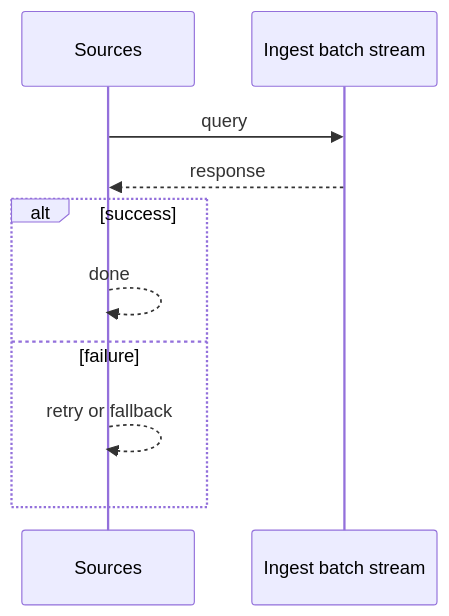
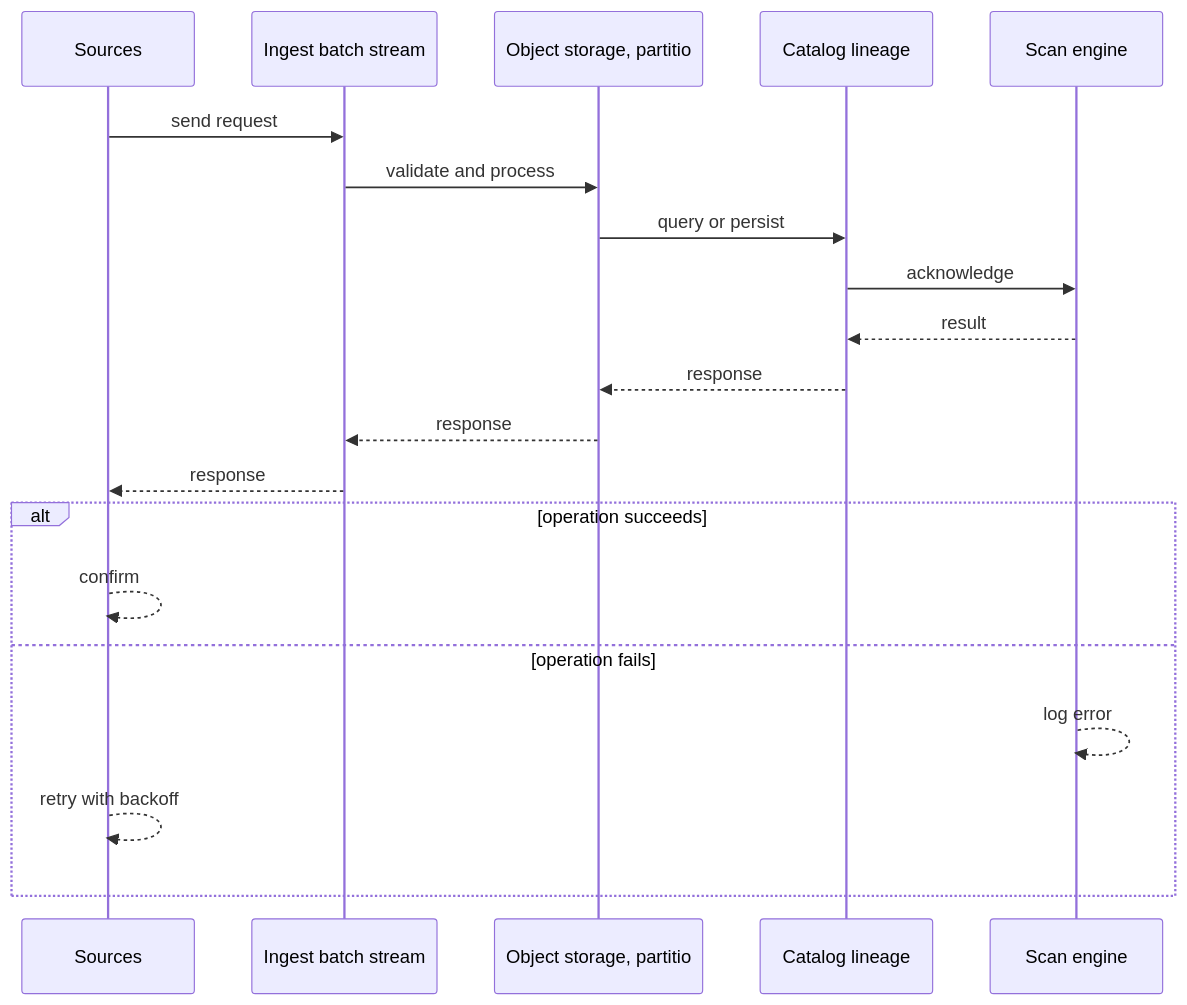
The second of 4 diagrams in case-studies/extreme/data-lake.md (RIT-MESH/system-design-mastery), drawn with Mermaid before and after one commit. The commit also changed other lines of this file and 64 other files, not shown here.

````diff
--- a/case-studies/extreme/data-lake.md
+++ b/case-studies/extreme/data-lake.md
@@ -75,13 +63,23 @@
 ```mermaid
 %% created-for: system-design-mastery
 sequenceDiagram
-  participant P0 as Sources
-  participant P1 as Ingest batch stream
-  P0 ->> P1: query
-  P1 -->> P0: response
-  alt success
-    P0 -->> P0: done
-  else failure
-    P0 -->> P0: retry or fallback
+  participant C0 as Sources
+  participant C1 as Ingest batch stream
+  participant C2 as Object storage, partitio
+  participant C3 as Catalog lineage
+  participant C4 as Scan engine
+  C0 ->> C1: send request
+  C1 ->> C2: validate and process
+  C2 ->> C3: query or persist
+  C3 ->> C4: acknowledge
+  C4 -->> C3: result
+  C3 -->> C2: response
+  C2 -->> C1: response
+  C1 -->> C0: response
+  alt operation succeeds
+    C0 -->> C0: confirm
+  else operation fails
+    C4 -->> C4: log error
+    C0 -->> C0: retry with backoff
   end
 ```
````
